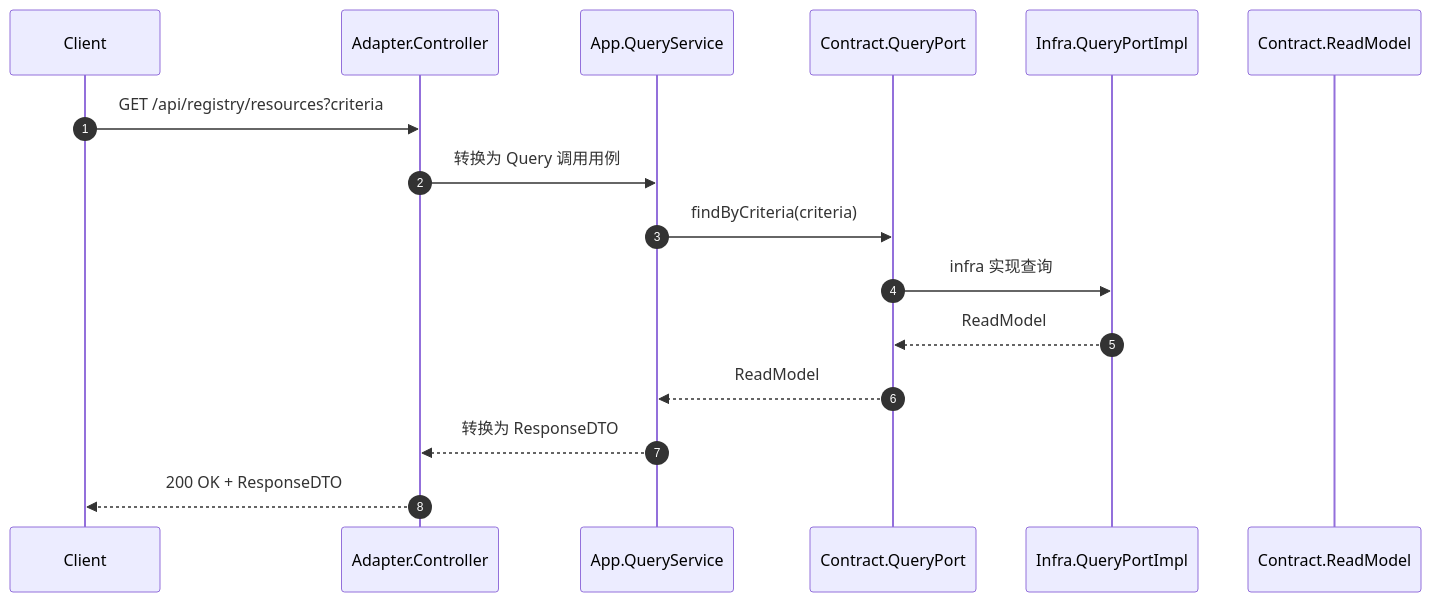
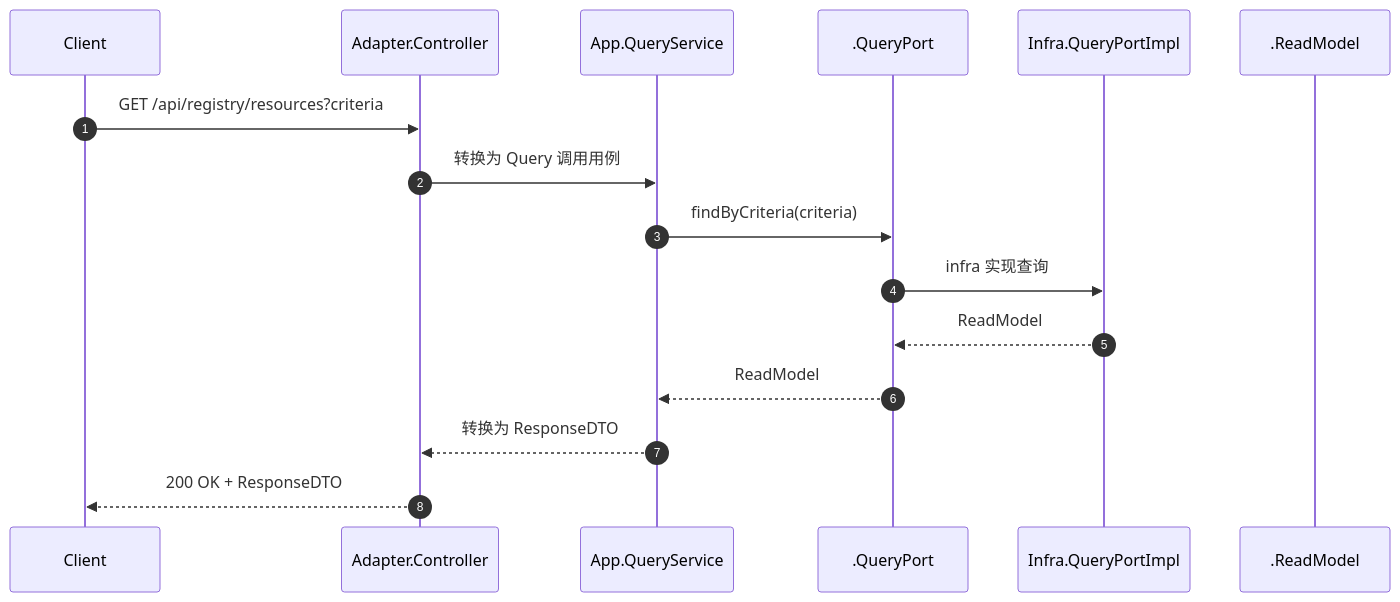
The second of 3 diagrams in patra-api/patra-registry/readme.md (linqibin0826/patra), drawn with Mermaid before and after one commit. The commit also changed other lines of this file and 107 other files, not shown here.

````diff
--- a/patra-api/patra-registry/readme.md
+++ b/patra-api/patra-registry/readme.md
@@ -297,19 +206,19 @@
 ```mermaid
 sequenceDiagram
   autonumber
   participant C as Client
   participant AC as Adapter.Controller
   participant AS as App.QueryService
-  participant QP as Contract.QueryPort
+  participant QP as .QueryPort
   participant IQ as Infra.QueryPortImpl
-  participant V as Contract.ReadModel
+  participant V as .ReadModel
 
   C->>AC: GET /api/registry/resources?criteria
   AC->>AS: 转换为 Query 调用用例
   AS->>QP: findByCriteria(criteria)
   QP->>IQ: infra 实现查询
   IQ-->>QP: ReadModel
   QP-->>AS: ReadModel
   AS-->>AC: 转换为 ResponseDTO
   AC-->>C: 200 OK + ResponseDTO
 ```
````
